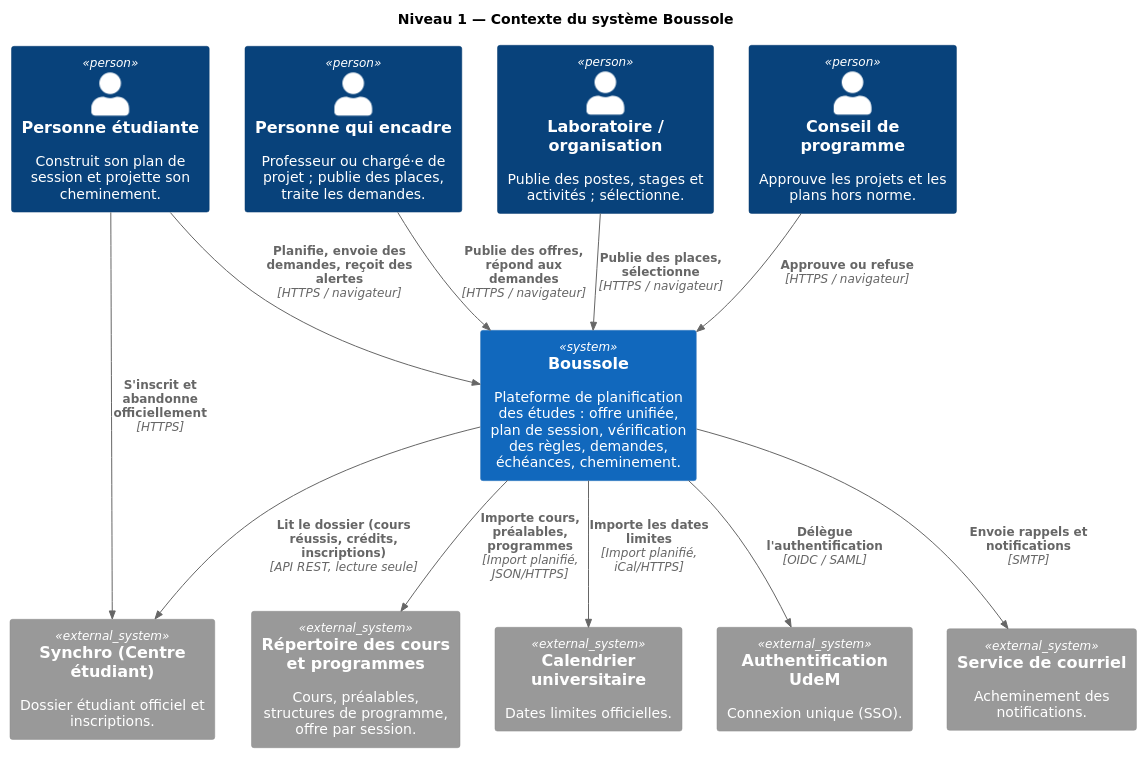
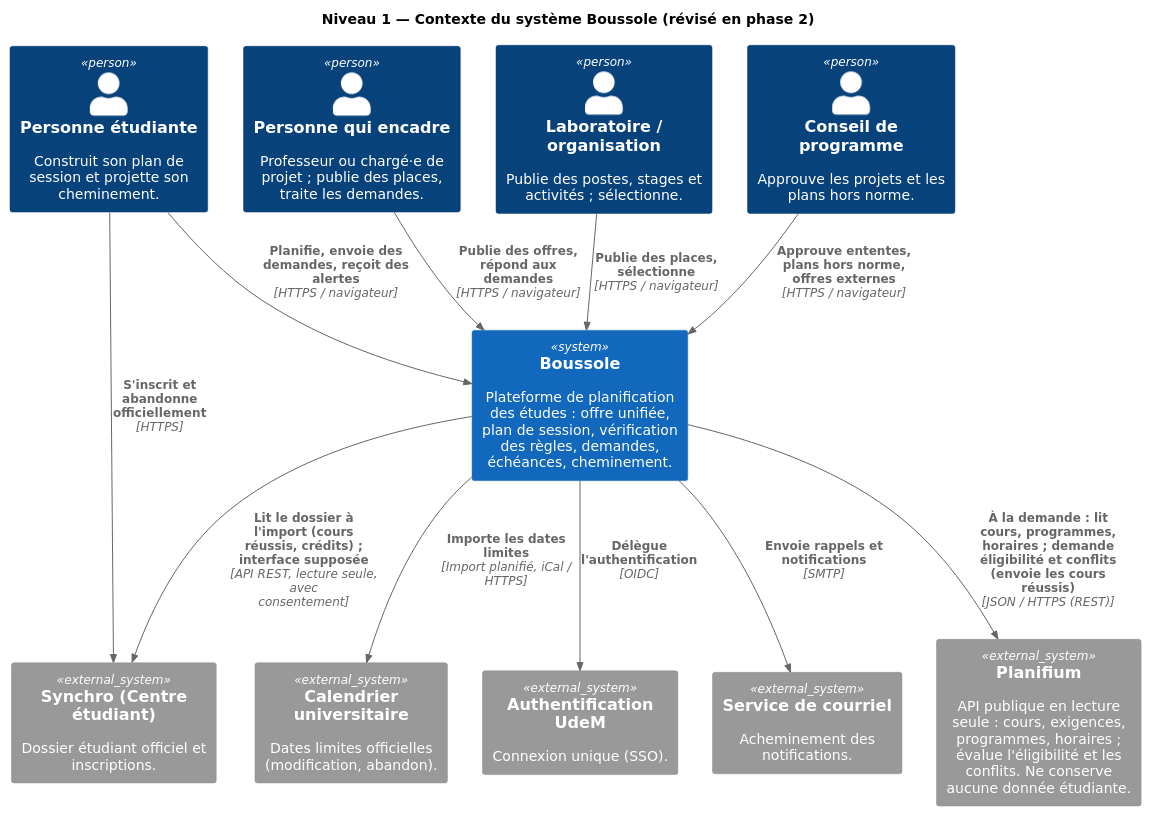
Before and after one commit to sndsbst-bit/IFT1225Projet: the diagram in docs/diagrammes/A3-C4-niveau1-contexte.puml, drawn with PlantUML. The commit also changed 14 other files, not shown here.

Commit message:
Phase 2 : révision des diagrammes de la phase 1

```diff
--- a/docs/diagrammes/A3-C4-niveau1-contexte.puml
+++ b/docs/diagrammes/A3-C4-niveau1-contexte.puml
@@ -1,31 +1,32 @@
 @startuml A3-C4-niveau1-contexte
+' Révision phase 2 : le « Répertoire des cours et programmes » est remplacé par l'API Planifium.
 !include <C4/C4_Context>
 skinparam defaultFontName DejaVu Sans
 LAYOUT_TOP_DOWN()
-title Niveau 1 — Contexte du système Boussole
+title Niveau 1 — Contexte du système Boussole (révisé en phase 2)
 
 Person(etu, "Personne étudiante", "Construit son plan de session et projette son cheminement.")
 Person(enc, "Personne qui encadre", "Professeur ou chargé·e de projet ; publie des places, traite les demandes.")
 Person(org, "Laboratoire / organisation", "Publie des postes, stages et activités ; sélectionne.")
 Person(cp, "Conseil de programme", "Approuve les projets et les plans hors norme.")
 
 System(bous, "Boussole", "Plateforme de planification des études : offre unifiée, plan de session, vérification des règles, demandes, échéances, cheminement.")
 
+System_Ext(plan, "Planifium", "API publique en lecture seule : cours, exigences, programmes, horaires ; évalue l'éligibilité et les conflits. Ne conserve aucune donnée étudiante.")
 System_Ext(syn, "Synchro (Centre étudiant)", "Dossier étudiant officiel et inscriptions.")
-System_Ext(rep, "Répertoire des cours et programmes", "Cours, préalables, structures de programme, offre par session.")
-System_Ext(cal, "Calendrier universitaire", "Dates limites officielles.")
+System_Ext(cal, "Calendrier universitaire", "Dates limites officielles (modification, abandon).")
 System_Ext(auth, "Authentification UdeM", "Connexion unique (SSO).")
 System_Ext(mail, "Service de courriel", "Acheminement des notifications.")
 
 Rel(etu, bous, "Planifie, envoie des demandes, reçoit des alertes", "HTTPS / navigateur")
 Rel(enc, bous, "Publie des offres, répond aux demandes", "HTTPS / navigateur")
 Rel(org, bous, "Publie des places, sélectionne", "HTTPS / navigateur")
-Rel(cp, bous, "Approuve ou refuse", "HTTPS / navigateur")
+Rel(cp, bous, "Approuve ententes, plans hors norme, offres externes", "HTTPS / navigateur")
 
-Rel(bous, syn, "Lit le dossier (cours réussis, crédits, inscriptions)", "API REST, lecture seule")
+Rel(bous, plan, "À la demande : lit cours, programmes, horaires ; demande éligibilité et conflits (envoie les cours réussis)", "JSON / HTTPS (REST)")
+Rel(bous, syn, "Lit le dossier à l'import (cours réussis, crédits) ; interface supposée", "API REST, lecture seule, avec consentement")
 Rel(etu, syn, "S'inscrit et abandonne officiellement", "HTTPS")
-Rel(bous, rep, "Importe cours, préalables, programmes", "Import planifié, JSON/HTTPS")
-Rel(bous, cal, "Importe les dates limites", "Import planifié, iCal/HTTPS")
-Rel(bous, auth, "Délègue l'authentification", "OIDC / SAML")
+Rel(bous, cal, "Importe les dates limites", "Import planifié, iCal / HTTPS")
+Rel(bous, auth, "Délègue l'authentification", "OIDC")
 Rel(bous, mail, "Envoie rappels et notifications", "SMTP")
 @enduml
```
